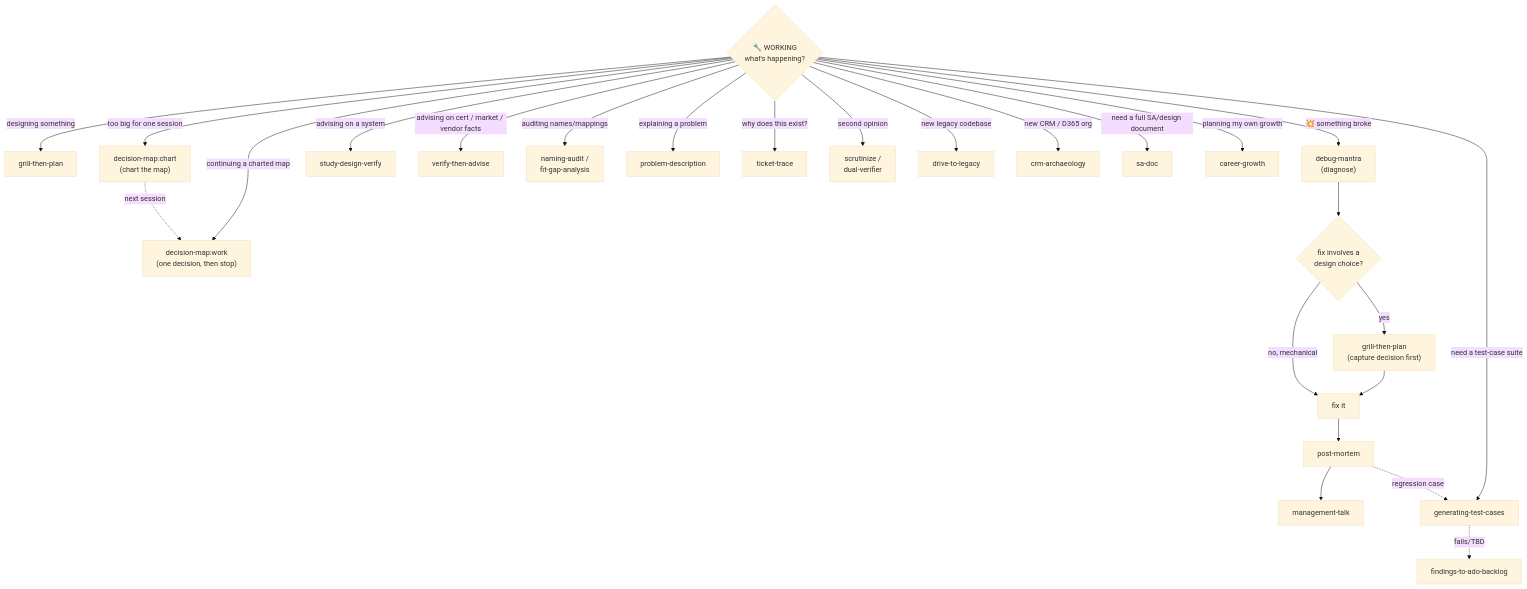
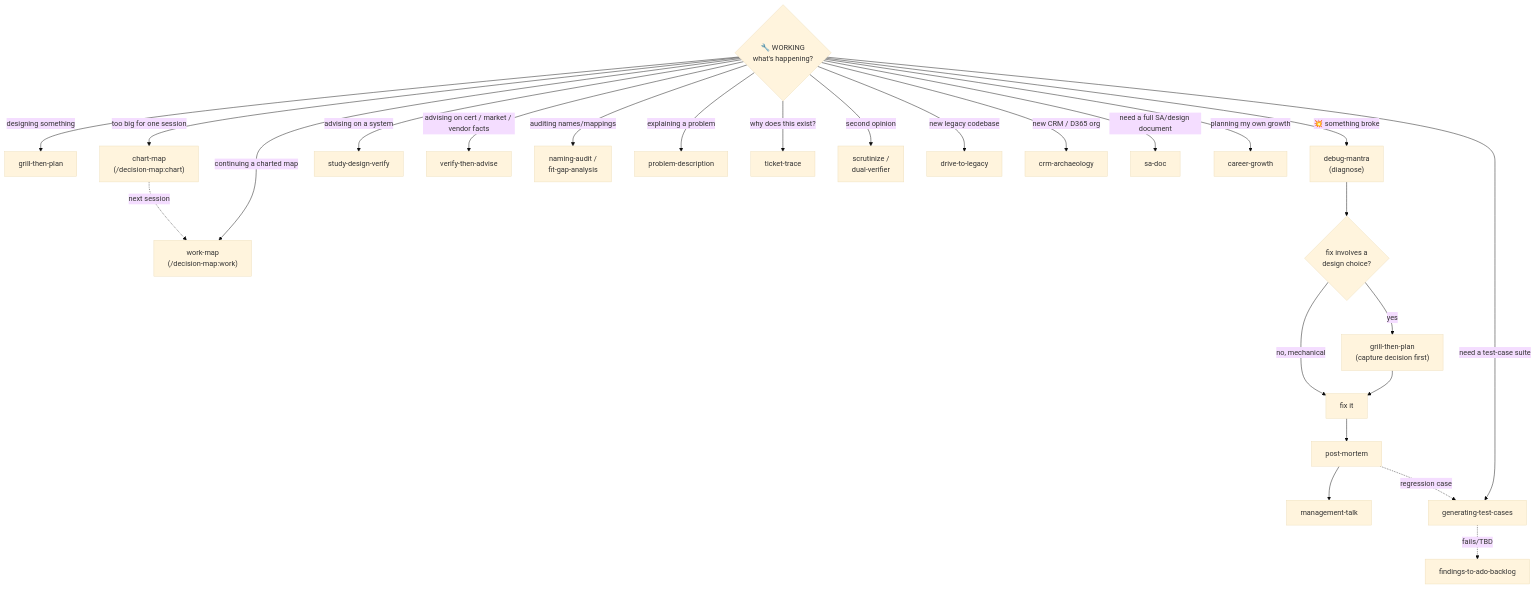
The second of 2 diagrams in PLAYBOOK.md (ThodsaphonSonthiphin/workflow-daily-work), drawn with Mermaid (base theme) before and after one commit. The commit also changed other lines of this file and 7 other files, not shown here.

First line of the commit message:
docs(decision-map): stop the contract claiming three backends; README five plugins

````diff
--- a/PLAYBOOK.md
+++ b/PLAYBOOK.md
@@ -42,30 +42,30 @@
 ```mermaid
 flowchart TD
     WORK{"🔧 WORKING<br/>what's happening?"}
 
     WORK -- designing something --> GTP["grill-then-plan"]
-    WORK -- too big for one session --> DMAP["decision-map:chart<br/>(chart the map)"]
-    WORK -- continuing a charted map --> DMW["decision-map:work<br/>(one decision, then stop)"]
+    WORK -- too big for one session --> DMAP["chart-map<br/>(/decision-map:chart)"]
+    WORK -- continuing a charted map --> DMW["work-map<br/>(/decision-map:work)"]
     DMAP -. next session .-> DMW
     WORK -- advising on a system --> SDV["study-design-verify"]
     WORK -- advising on cert / market / vendor facts --> VTA["verify-then-advise"]
     WORK -- auditing names/mappings --> NA["naming-audit /<br/>fit-gap-analysis"]
     WORK -- explaining a problem --> PD["problem-description"]
     WORK -- why does this exist? --> TT["ticket-trace"]
     WORK -- second opinion --> SC["scrutinize /<br/>dual-verifier"]
     WORK -- new legacy codebase --> DTL["drive-to-legacy"]
     WORK -- new CRM / D365 org --> CA["crm-archaeology"]
     WORK -- need a full SA/design document --> SAD["sa-doc"]
     WORK -- planning my own growth --> CG["career-growth"]
 
     WORK -- 💥 something broke --> DM["debug-mantra<br/>(diagnose)"]
     DM --> Q{"fix involves a<br/>design choice?"}
     Q -- no, mechanical --> FIX["fix it"]
     Q -- yes --> GTP2["grill-then-plan<br/>(capture decision first)"]
     GTP2 --> FIX
     FIX --> PM["post-mortem"]
     PM --> MT["management-talk"]
     WORK -- need a test-case suite --> GTC["generating-test-cases"]
     PM -. regression case .-> GTC
     GTC -. fails/TBD .-> FILEHINT["findings-to-ado-backlog"]
 ```
````
